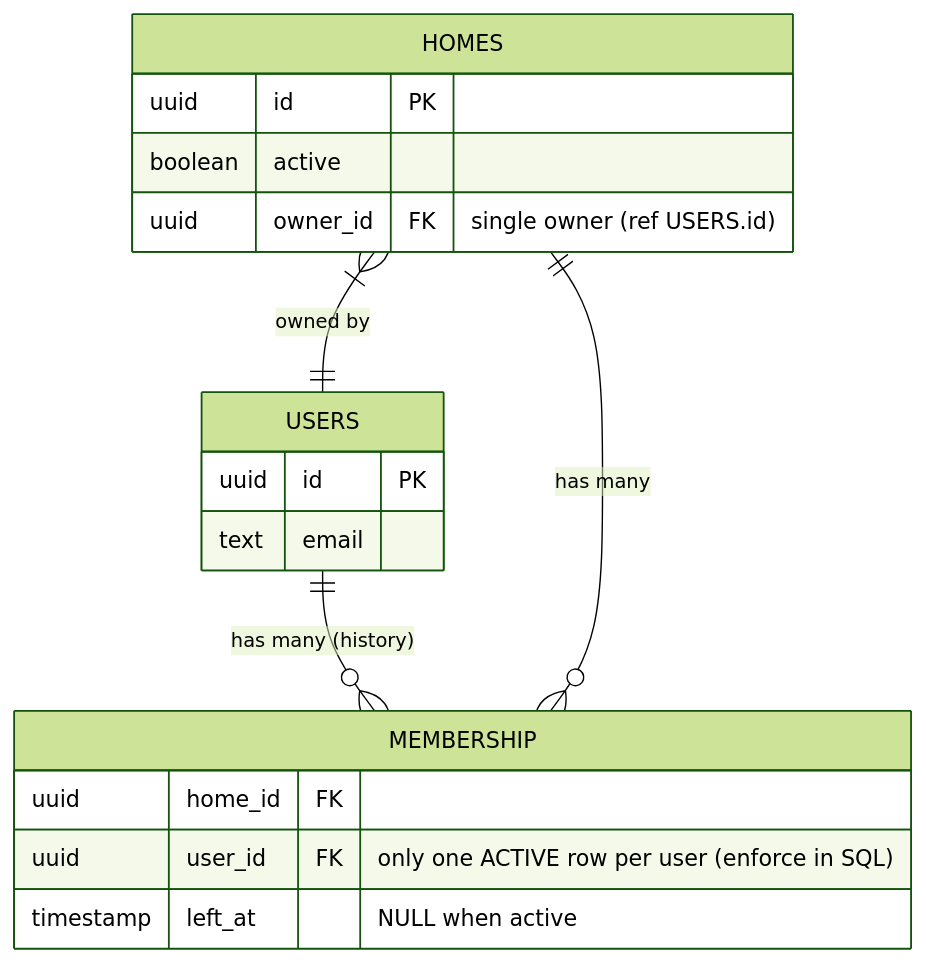
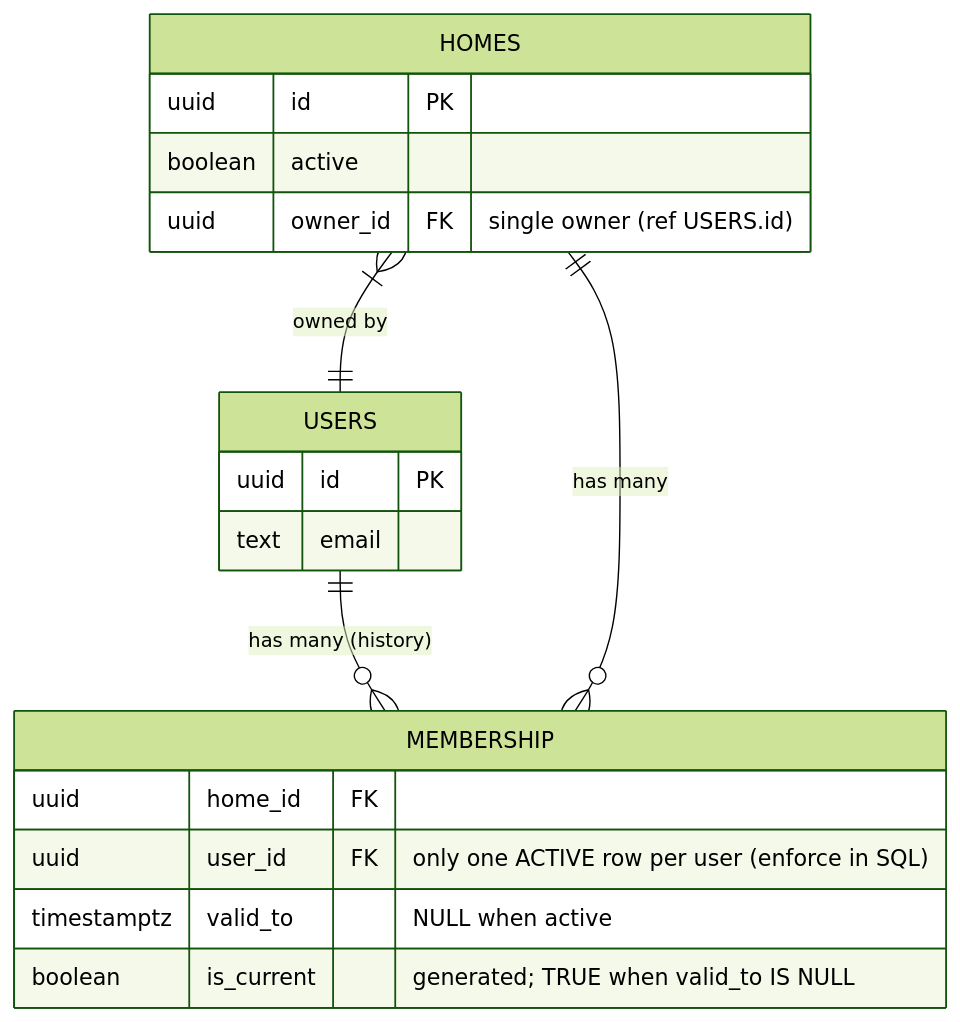
One commit to pariszhuang123/kinly changed the diagram in docs/diagrams/home_membership/ownership_model.md. Above: the diagram before and after it, drawn with Mermaid (forest theme). The commit also changed other lines of this file and 26 other files, not shown here.

````diff
--- a/docs/diagrams/home_membership/ownership_model.md
+++ b/docs/diagrams/home_membership/ownership_model.md
@@ -1,27 +1,28 @@
 ```mermaid
 erDiagram
   USERS ||--o{ MEMBERSHIP : "has many (history)"
   HOMES ||--o{ MEMBERSHIP : "has many"
   
   %% many homes per one user
   HOMES }|--|| USERS : "owned by"
 
 
   HOMES {
     uuid id PK
     boolean active
     uuid owner_id FK "single owner (ref USERS.id)"
   }
 
   USERS {
     uuid id PK
     text email
   }
 
   MEMBERSHIP {
     uuid home_id FK
     uuid user_id FK "only one ACTIVE row per user (enforce in SQL)"
-    timestamp left_at "NULL when active"
+    timestamptz valid_to "NULL when active"
+    boolean is_current "generated; TRUE when valid_to IS NULL"
   }
 
 ```
````
